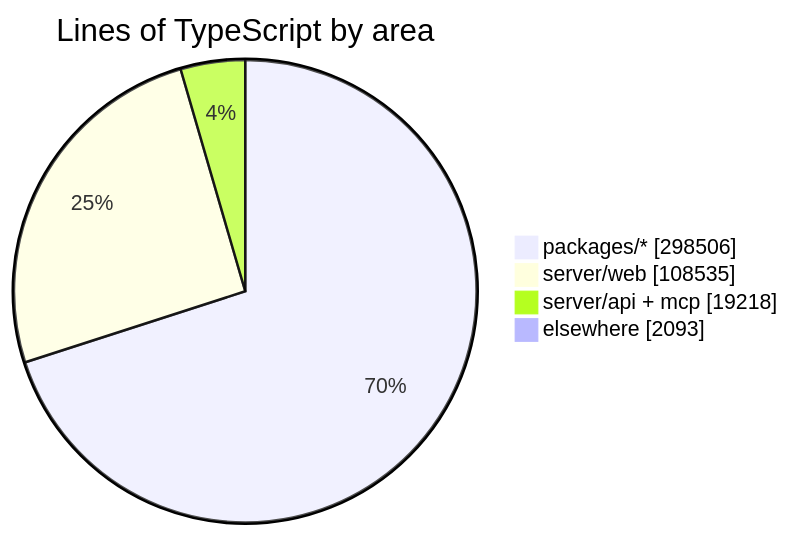
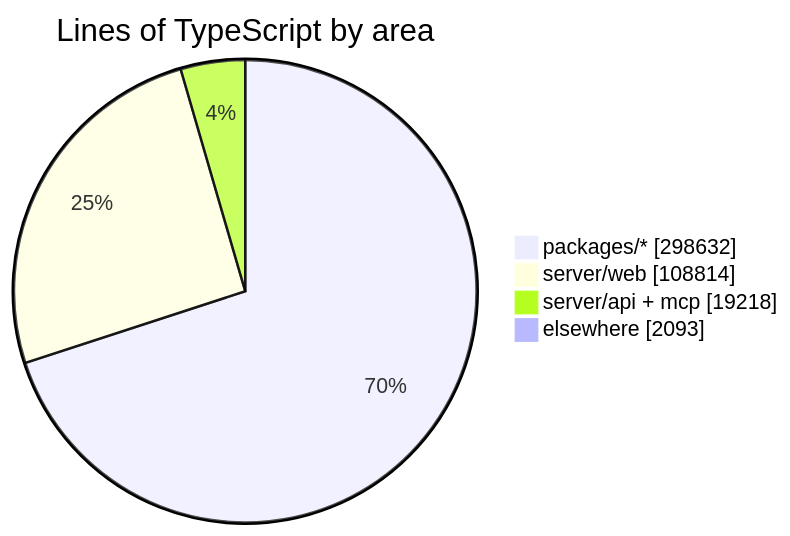
Before and after one commit to crossworks-engineering/mantle: the diagram in README.md, drawn with Mermaid. The commit also changed other lines of this file and 2 other files, not shown here.

````diff
--- a/README.md
+++ b/README.md
@@ -294,7 +294,7 @@
 ```mermaid
 pie showData title Lines of TypeScript by area
-    "packages/*" : 298506
-    "server/web" : 108535
+    "packages/*" : 298632
+    "server/web" : 108814
     "server/api + mcp" : 19218
     "elsewhere" : 2093
 ```
````
